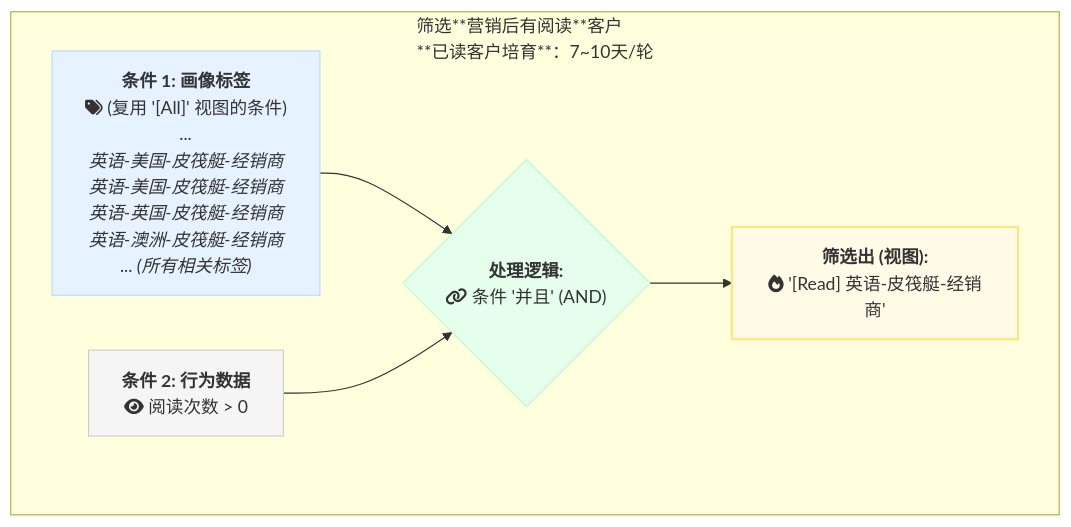
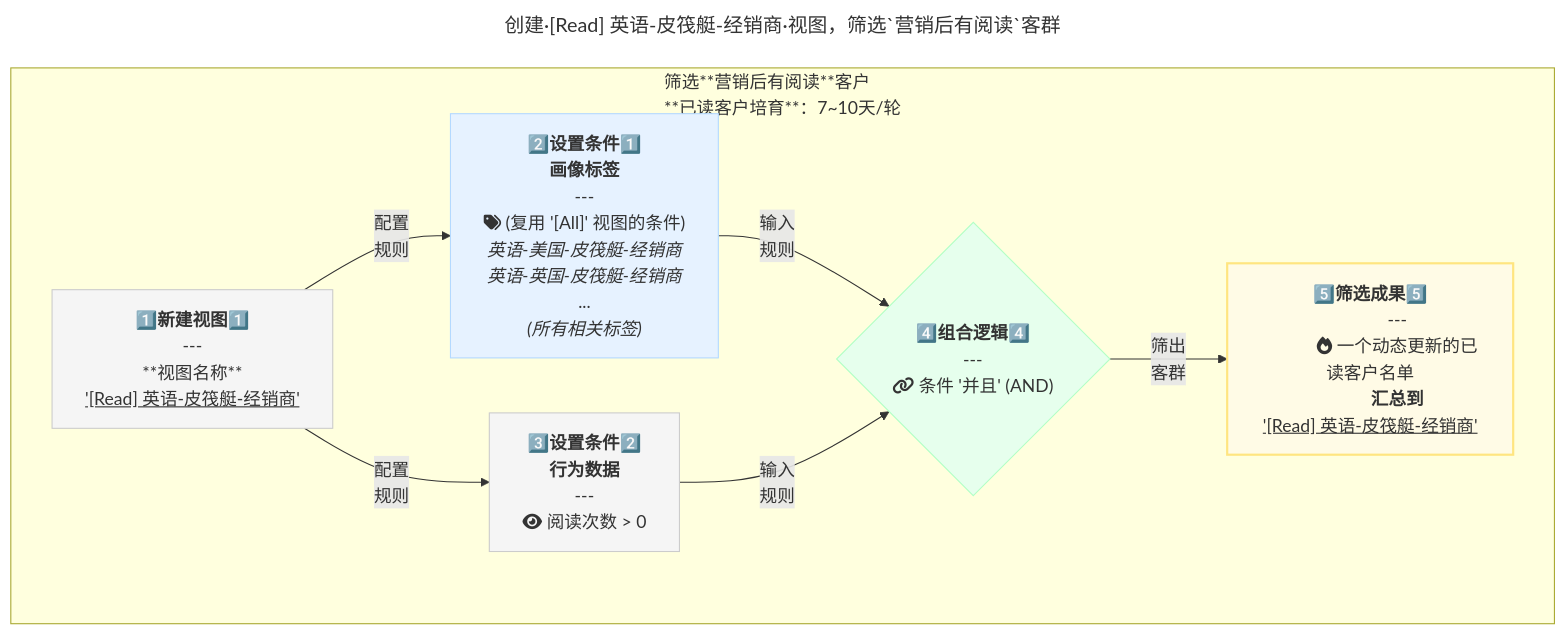
The eighth of 12 diagrams in docs/zhinan/customer-management-section.md (suxuemi/laifaxin), drawn with Mermaid before and after one commit. The commit also changed other lines of this file and 3 other files, not shown here.

````diff
--- a/docs/zhinan/customer-management-section.md
+++ b/docs/zhinan/customer-management-section.md
@@ -343,14 +370,57 @@
 ```mermaid
+---
+title: 创建·[Read] 英语-皮筏艇-经销商·视图，筛选`营销后有阅读`客群
+---
 graph LR
     subgraph "筛选**营销后有阅读**客户<br>**已读客户培育**：7~10天/轮"
-        direction LR  // <-- 关键在于在这里添加方向指令！
-        A["<b>条件 1: 画像标签</b><br>fa:fa-tags (复用 '[All]' 视图的条件)<br><i>... <br>英语-美国-皮筏艇-经销商</i><br><i>英语-美国-皮筏艇-经销商</i><br><i>英语-英国-皮筏艇-经销商</i><br><i>英语-澳洲-皮筏艇-经销商</i><br><i>... (所有相关标签)"] --> C;
-        B["<b>条件 2: 行为数据</b><br>fa:fa-eye 阅读次数 > 0"] --> C;
-        C{"<b>处理逻辑:</b><br>fa:fa-link 条件 '并且' (AND)"} --> D["<b>筛选出 (视图):</b><br>fa:fa-fire '[Read] 英语-皮筏艇-经销商'"];
+        direction LR
+
+        S["
+            <b>1️⃣新建视图1️⃣</b>
+            ---
+            **视图名称**
+            <u>'[Read] 英语-皮筏艇-经销商'</u>
+        "]
+
+        A["
+            <b>2️⃣设置条件1️⃣<br>画像标签</b>
+            ---
+            fa:fa-tags (复用 '[All]' 视图的条件)
+            <i>英语-美国-皮筏艇-经销商</i>
+            <i>英语-英国-皮筏艇-经销商</i>
+            ...
+            <i>(所有相关标签)</i>
+        "]
+
+        B["
+            <b>3️⃣设置条件2️⃣<br>行为数据</b>
+            ---
+            fa:fa-eye 阅读次数 > 0
+        "]
+
+        C{"
+            <b>4️⃣组合逻辑4️⃣</b>
+            ---
+            fa:fa-link 条件 '并且' (AND)
+        "}
+
+        D["
+            <b>5️⃣筛选成果5️⃣</b>
+            ---
+            fa:fa-fire 一个动态更新的已读客户名单
+            <b>汇总到<br></b><u>'[Read] 英语-皮筏艇-经销商'</u>
+        "]
+
+        S -- "配置<br>规则" --> A
+        S -- "配置<br>规则" --> B
+        A -- "输入<br>规则" --> C
+        B -- "输入<br>规则" --> C
+        C -- "筛出<br>客群" --> D
     end
 
+    style S fill:#f5f5f5,stroke:#ccc
     style A fill:#e6f2ff,stroke:#b3d9ff
     style B fill:#f5f5f5,stroke:#ccc
     style C fill:#e6ffed,stroke:#b3ffc6
     style D fill:#fffbe6,stroke:#ffe580,stroke-width:2px
 ```
````
